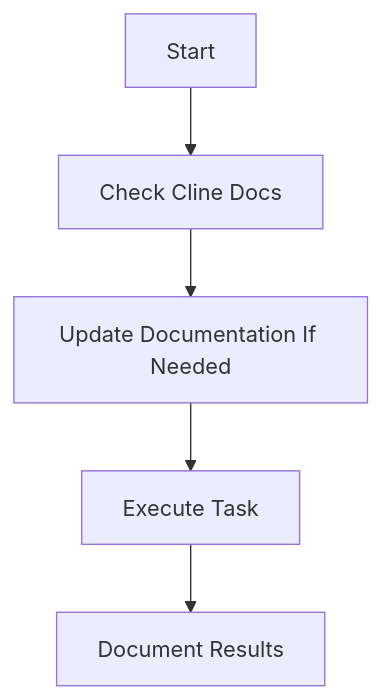
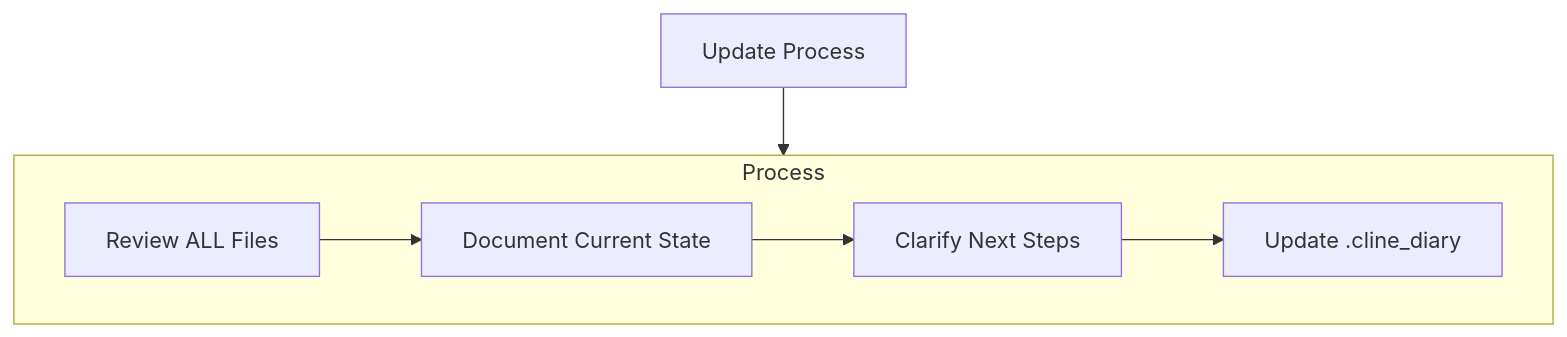
Before and after one commit to Inkmortal/LLM_Benchmarking: the fourth of 5 diagrams in Dan_Notes/Cline_Instructions_Windows_Conda.md, drawn with Mermaid. The commit also changed other lines of this file and 16 other files, not shown here.

````diff
--- a/Dan_Notes/Cline_Instructions_Windows_Conda.md
+++ b/Dan_Notes/Cline_Instructions_Windows_Conda.md
@@ -89,7 +119,15 @@
 ```mermaid
 flowchart TD
-    Start[Start] --> RevisitDocs[Check Cline Docs]
-    RevisitDocs --> UpdateClineDocs[Update Documentation If Needed]
-    UpdateClineDocs --> Execute[Execute Task]
-    Execute --> DocumentResults[Document Results]
+    Start[Update Process]
+    
+    subgraph Process
+        P1[Review ALL Files]
+        P2[Document Current State]
+        P3[Clarify Next Steps]
+        P4[Update .cline_diary]
+        
+        P1 --> P2 --> P3 --> P4
+    end
+    
+    Start --> Process
 ```
````
